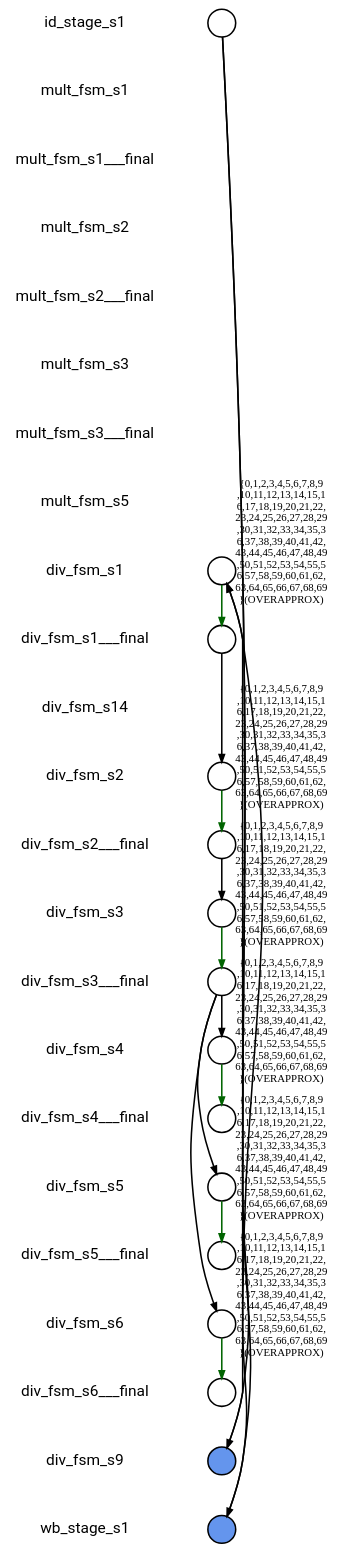
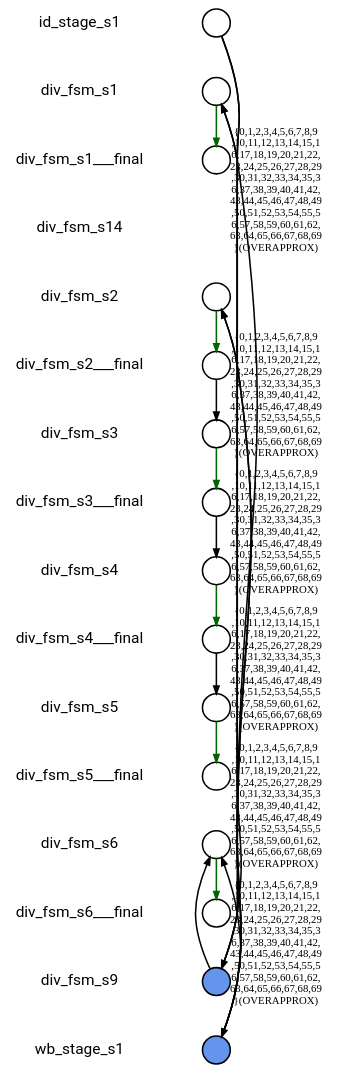
The diagram in fv/synthlc/i_DIV_out/xSummarize/nonisograph/com_4_0.dot (naomipark3/SynthLC), drawn with Graphviz before and after one commit. The commit also changed 38807 other files, not shown here.

```diff
--- a/fv/synthlc/i_DIV_out/xSummarize/nonisograph/com_4_0.dot
+++ b/fv/synthlc/i_DIV_out/xSummarize/nonisograph/com_4_0.dot
@@ -1,190 +1,180 @@
 
 digraph G {
     edge [penwidth=2];
     node [ shape=box, fontsize=20, penwidth=2, fontname="roboto"];
     esep=0.5;
     layout=neato;
     overlap=scale;
     splines=true;
 
 l_id_stage_s1 [label="id_stage_s1"; pos="0,-0!"; shape=none];
 
-l_mult_fsm_s1 [label="mult_fsm_s1"; pos="0,-1!"; shape=none];
+l_div_fsm_s1 [label="div_fsm_s1"; pos="0,-1!"; shape=none];
 
-l_mult_fsm_s1___final [label="mult_fsm_s1___final"; pos="0,-2!"; shape=none];
+l_div_fsm_s1___final [label="div_fsm_s1___final"; pos="0,-2!"; shape=none];
 
-l_mult_fsm_s2 [label="mult_fsm_s2"; pos="0,-3!"; shape=none];
+l_div_fsm_s14 [label="div_fsm_s14"; pos="0,-3!"; shape=none];
 
-l_mult_fsm_s2___final [label="mult_fsm_s2___final"; pos="0,-4!"; shape=none];
+l_div_fsm_s2 [label="div_fsm_s2"; pos="0,-4!"; shape=none];
 
-l_mult_fsm_s3 [label="mult_fsm_s3"; pos="0,-5!"; shape=none];
+l_div_fsm_s2___final [label="div_fsm_s2___final"; pos="0,-5!"; shape=none];
 
-l_mult_fsm_s3___final [label="mult_fsm_s3___final"; pos="0,-6!"; shape=none];
+l_div_fsm_s3 [label="div_fsm_s3"; pos="0,-6!"; shape=none];
 
-l_mult_fsm_s5 [label="mult_fsm_s5"; pos="0,-7!"; shape=none];
+l_div_fsm_s3___final [label="div_fsm_s3___final"; pos="0,-7!"; shape=none];
 
-l_div_fsm_s1 [label="div_fsm_s1"; pos="0,-8!"; shape=none];
+l_div_fsm_s4 [label="div_fsm_s4"; pos="0,-8!"; shape=none];
 
-l_div_fsm_s1___final [label="div_fsm_s1___final"; pos="0,-9!"; shape=none];
+l_div_fsm_s4___final [label="div_fsm_s4___final"; pos="0,-9!"; shape=none];
 
-l_div_fsm_s14 [label="div_fsm_s14"; pos="0,-10!"; shape=none];
+l_div_fsm_s5 [label="div_fsm_s5"; pos="0,-10!"; shape=none];
 
-l_div_fsm_s2 [label="div_fsm_s2"; pos="0,-11!"; shape=none];
+l_div_fsm_s5___final [label="div_fsm_s5___final"; pos="0,-11!"; shape=none];
 
-l_div_fsm_s2___final [label="div_fsm_s2___final"; pos="0,-12!"; shape=none];
+l_div_fsm_s6 [label="div_fsm_s6"; pos="0,-12!"; shape=none];
 
-l_div_fsm_s3 [label="div_fsm_s3"; pos="0,-13!"; shape=none];
+l_div_fsm_s6___final [label="div_fsm_s6___final"; pos="0,-13!"; shape=none];
 
-l_div_fsm_s3___final [label="div_fsm_s3___final"; pos="0,-14!"; shape=none];
+l_div_fsm_s9 [label="div_fsm_s9"; pos="0,-14!"; shape=none];
 
-l_div_fsm_s4 [label="div_fsm_s4"; pos="0,-15!"; shape=none];
-
-l_div_fsm_s4___final [label="div_fsm_s4___final"; pos="0,-16!"; shape=none];
-
-l_div_fsm_s5 [label="div_fsm_s5"; pos="0,-17!"; shape=none];
-
-l_div_fsm_s5___final [label="div_fsm_s5___final"; pos="0,-18!"; shape=none];
-
-l_div_fsm_s6 [label="div_fsm_s6"; pos="0,-19!"; shape=none];
-
-l_div_fsm_s6___final [label="div_fsm_s6___final"; pos="0,-20!"; shape=none];
-
-l_div_fsm_s9 [label="div_fsm_s9"; pos="0,-21!"; shape=none];
-
-l_wb_stage_s1 [label="wb_stage_s1"; pos="0,-22!"; shape=none];
+l_wb_stage_s1 [label="wb_stage_s1"; pos="0,-15!"; shape=none];
 
 n_id_stage_s1 [label=""; pos="2,-0!"; shape=circle ]; 
 
 
-n_div_fsm_s1 [label=""; pos="2,-8!"; shape=circle ]; 
+n_div_fsm_s1 [label=""; pos="2,-1!"; shape=circle ]; 
 
 
-n_div_fsm_s2 [label=""; pos="2,-11!"; shape=circle ]; 
+n_div_fsm_s2 [label=""; pos="2,-4!"; shape=circle ]; 
 
 
-n_div_fsm_s3 [label=""; pos="2,-13!"; shape=circle ]; 
+n_div_fsm_s3 [label=""; pos="2,-6!"; shape=circle ]; 
 
 
-n_div_fsm_s4 [label=""; pos="2,-15!"; shape=circle ]; 
+n_div_fsm_s4 [label=""; pos="2,-8!"; shape=circle ]; 
 
 
-n_div_fsm_s5 [label=""; pos="2,-17!"; shape=circle ]; 
+n_div_fsm_s5 [label=""; pos="2,-10!"; shape=circle ]; 
 
 
-n_div_fsm_s6 [label=""; pos="2,-19!"; shape=circle ]; 
+n_div_fsm_s6 [label=""; pos="2,-12!"; shape=circle ]; 
 
 
-n_div_fsm_s9 [style=filled, color=black, fillcolor="#6495ED", label=""; pos="2,-21!"; shape=circle ]; 
+n_div_fsm_s9 [style=filled, color=black, fillcolor="#6495ED", label=""; pos="2,-14!"; shape=circle ]; 
 
 
-n_wb_stage_s1 [style=filled, color=black, fillcolor="#6495ED", label=""; pos="2,-22!"; shape=circle ]; 
+n_wb_stage_s1 [style=filled, color=black, fillcolor="#6495ED", label=""; pos="2,-15!"; shape=circle ]; 
 
 
-n_div_fsm_s1___final [label=""; pos="2,-9!"; shape=circle ]; 
+n_div_fsm_s1___final [label=""; pos="2,-2!"; shape=circle ]; 
 
 
-n_div_fsm_s2___final [label=""; pos="2,-12!"; shape=circle ]; 
+n_div_fsm_s2___final [label=""; pos="2,-5!"; shape=circle ]; 
 
 
-n_div_fsm_s3___final [label=""; pos="2,-14!"; shape=circle ]; 
+n_div_fsm_s3___final [label=""; pos="2,-7!"; shape=circle ]; 
 
 
-n_div_fsm_s4___final [label=""; pos="2,-16!"; shape=circle ]; 
+n_div_fsm_s4___final [label=""; pos="2,-9!"; shape=circle ]; 
 
 
-n_div_fsm_s5___final [label=""; pos="2,-18!"; shape=circle ]; 
+n_div_fsm_s5___final [label=""; pos="2,-11!"; shape=circle ]; 
 
 
-n_div_fsm_s6___final [label=""; pos="2,-20!"; shape=circle ]; 
+n_div_fsm_s6___final [label=""; pos="2,-13!"; shape=circle ]; 
 
 
+n_id_stage_s1 -> n_wb_stage_s1 [color="black"];
+
 n_id_stage_s1 -> n_div_fsm_s9 [color="black"];
-
-n_id_stage_s1 -> n_wb_stage_s1 [color="black"];
 
 n_div_fsm_s1 -> n_div_fsm_s1___final [color="#006400", label="{0,1,2,3,4,5,6,7,8,9
 ,10,11,12,13,14,15,1
 6,17,18,19,20,21,22,
 23,24,25,26,27,28,29
 ,30,31,32,33,34,35,3
 6,37,38,39,40,41,42,
 43,44,45,46,47,48,49
 ,50,51,52,53,54,55,5
 6,57,58,59,60,61,62,
 63,64,65,66,67,68,69
 }(OVERAPPROX)"];
 
 n_div_fsm_s2 -> n_div_fsm_s2___final [color="#006400", label="{0,1,2,3,4,5,6,7,8,9
 ,10,11,12,13,14,15,1
 6,17,18,19,20,21,22,
 23,24,25,26,27,28,29
 ,30,31,32,33,34,35,3
 6,37,38,39,40,41,42,
 43,44,45,46,47,48,49
 ,50,51,52,53,54,55,5
 6,57,58,59,60,61,62,
 63,64,65,66,67,68,69
 }(OVERAPPROX)"];
 
 n_div_fsm_s3 -> n_div_fsm_s3___final [color="#006400", label="{0,1,2,3,4,5,6,7,8,9
 ,10,11,12,13,14,15,1
 6,17,18,19,20,21,22,
 23,24,25,26,27,28,29
 ,30,31,32,33,34,35,3
 6,37,38,39,40,41,42,
 43,44,45,46,47,48,49
 ,50,51,52,53,54,55,5
 6,57,58,59,60,61,62,
 63,64,65,66,67,68,69
 }(OVERAPPROX)"];
 
 n_div_fsm_s4 -> n_div_fsm_s4___final [color="#006400", label="{0,1,2,3,4,5,6,7,8,9
 ,10,11,12,13,14,15,1
 6,17,18,19,20,21,22,
 23,24,25,26,27,28,29
 ,30,31,32,33,34,35,3
 6,37,38,39,40,41,42,
 43,44,45,46,47,48,49
 ,50,51,52,53,54,55,5
 6,57,58,59,60,61,62,
 63,64,65,66,67,68,69
 }(OVERAPPROX)"];
 
 n_div_fsm_s5 -> n_div_fsm_s5___final [color="#006400", label="{0,1,2,3,4,5,6,7,8,9
 ,10,11,12,13,14,15,1
 6,17,18,19,20,21,22,
 23,24,25,26,27,28,29
 ,30,31,32,33,34,35,3
 6,37,38,39,40,41,42,
 43,44,45,46,47,48,49
 ,50,51,52,53,54,55,5
 6,57,58,59,60,61,62,
 63,64,65,66,67,68,69
 }(OVERAPPROX)"];
 
 n_div_fsm_s6 -> n_div_fsm_s6___final [color="#006400", label="{0,1,2,3,4,5,6,7,8,9
 ,10,11,12,13,14,15,1
 6,17,18,19,20,21,22,
 23,24,25,26,27,28,29
 ,30,31,32,33,34,35,3
 6,37,38,39,40,41,42,
 43,44,45,46,47,48,49
 ,50,51,52,53,54,55,5
 6,57,58,59,60,61,62,
 63,64,65,66,67,68,69
 }(OVERAPPROX)"];
 
+n_div_fsm_s9 -> n_div_fsm_s2 [color="black"];
+
+n_div_fsm_s9 -> n_div_fsm_s6 [color="black"];
+
 n_div_fsm_s9 -> n_div_fsm_s1 [color="black"];
+
+n_wb_stage_s1 -> n_div_fsm_s2 [color="black"];
+
+n_wb_stage_s1 -> n_div_fsm_s6 [color="black"];
 
 n_wb_stage_s1 -> n_div_fsm_s1 [color="black"];
 
-n_div_fsm_s1___final -> n_div_fsm_s2 [color="black"];
-
 n_div_fsm_s2___final -> n_div_fsm_s3 [color="black"];
-
-n_div_fsm_s3___final -> n_div_fsm_s5 [color="black"];
 
 n_div_fsm_s3___final -> n_div_fsm_s4 [color="black"];
 
-n_div_fsm_s3___final -> n_div_fsm_s6 [color="black"];
+n_div_fsm_s4___final -> n_div_fsm_s5 [color="black"];
 }
```
